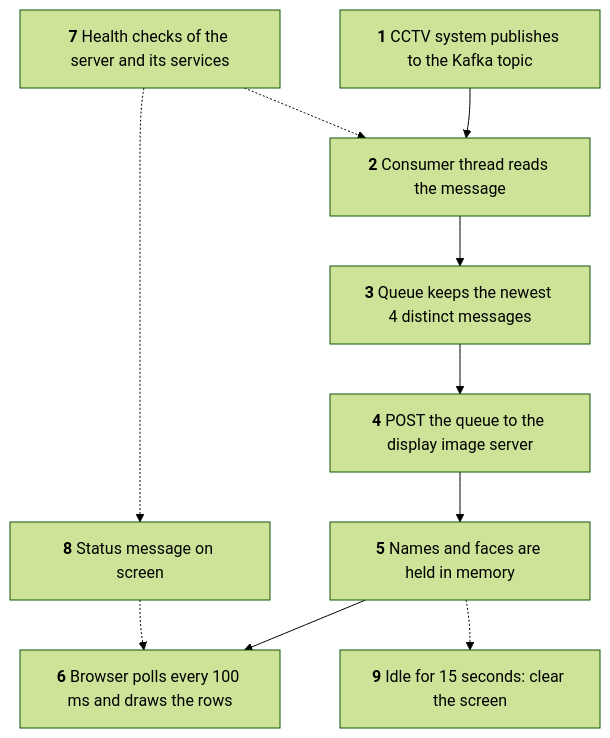
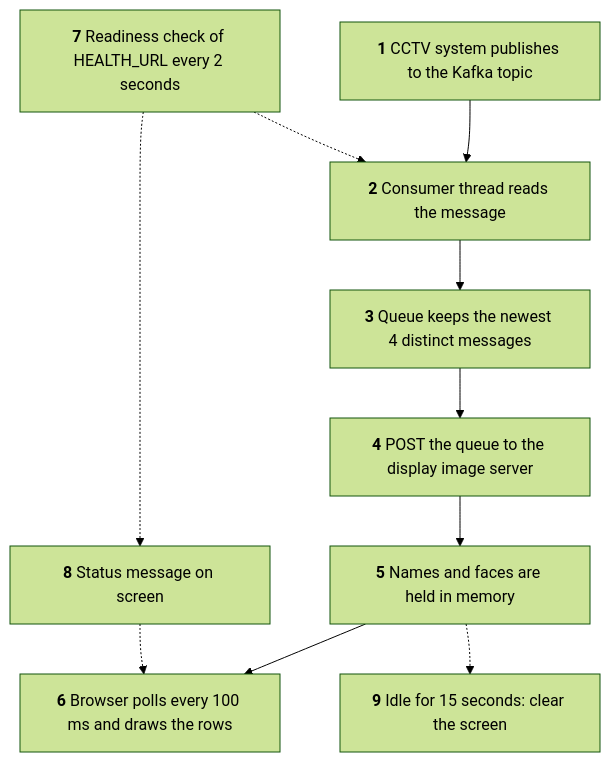
One commit to hamza-aziz-ai/Kafka-WebApp changed the first of 2 diagrams in README.md. Above: the diagram before and after it, drawn with Mermaid (forest theme). The commit also changed other lines of this file, not shown here.

First line of the commit message:
docs: redesign the README with badges, an at-a-glance table and screen states, and drop stale port-check lines [skip ci]

````diff
--- a/README.md
+++ b/README.md
@@ -35,18 +77,18 @@
 ```mermaid
 flowchart TD
     A["`**1** CCTV system publishes to the Kafka topic`"]
     B["`**2** Consumer thread reads the message`"]
     C["`**3** Queue keeps the newest 4 distinct messages`"]
     D["`**4** POST the queue to the display image server`"]
     E["`**5** Names and faces are held in memory`"]
     F["`**6** Browser polls every 100 ms and draws the rows`"]
-    G["`**7** Health checks of the server and its services`"]
+    G["`**7** Readiness check of HEALTH_URL every 2 seconds`"]
     H["`**8** Status message on screen`"]
     I["`**9** Idle for 15 seconds: clear the screen`"]
 
     A --> B --> C --> D --> E --> F
     G -.-> B
     G -.-> H
     H -.-> F
     E -.-> I
 ```
````
